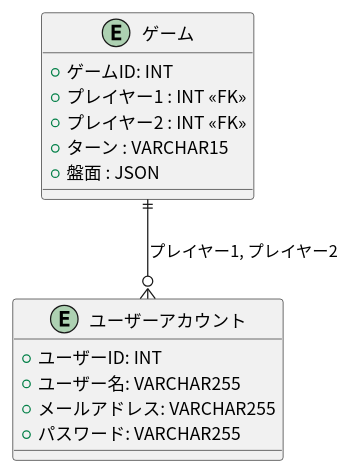
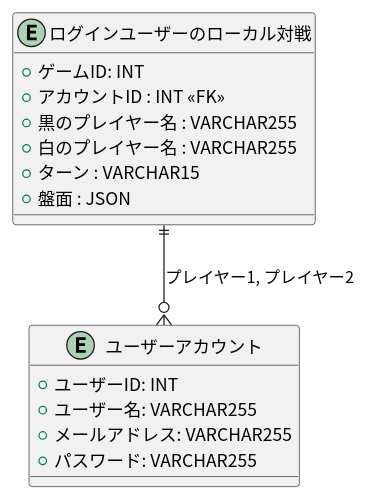
Before and after one commit to tomoki-shiozaki/othello: the diagram in docs/er/er_diagram.pu, drawn with PlantUML. The commit also changed 7 other files, not shown here.

```diff
--- a/docs/er/er_diagram.pu
+++ b/docs/er/er_diagram.pu
@@ -1,19 +1,20 @@
 @startuml er
 skinparam defaultFontName "Noto Sans CJK JP"
 entity "ユーザーアカウント" {
   +ユーザーID: INT
   +ユーザー名: VARCHAR255
   +メールアドレス: VARCHAR255
   +パスワード: VARCHAR255
 }
 
-entity "ゲーム" {
+entity "ログインユーザーのローカル対戦" {
   +ゲームID: INT
-  +プレイヤー1 : INT <<FK>>
-  +プレイヤー2 : INT <<FK>>
+  +アカウントID : INT <<FK>>
+  +黒のプレイヤー名 : VARCHAR255
+  +白のプレイヤー名 : VARCHAR255
   +ターン : VARCHAR15
   +盤面 : JSON 
 }
 
-"ゲーム" ||--o{ "ユーザーアカウント" : "プレイヤー1, プレイヤー2"
+"ログインユーザーのローカル対戦" ||--o{ "ユーザーアカウント" : "プレイヤー1, プレイヤー2"
 @enduml
```
